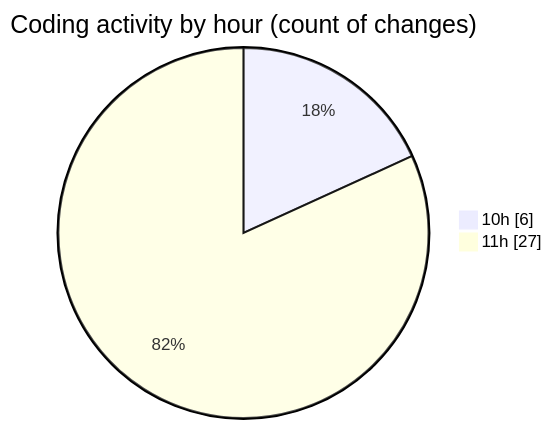
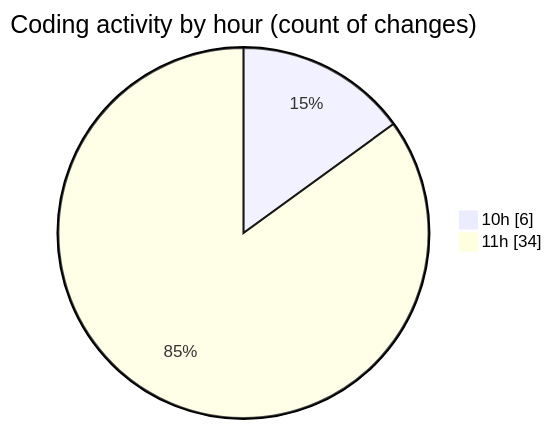
Before and after one commit to momahboobian/code-tracking: the second of 2 diagrams in 2025-08-13/cda/README.md, drawn with Mermaid. The commit also changed other lines of this file and 1 other file, not shown here.

````diff
--- a/2025-08-13/cda/README.md
+++ b/2025-08-13/cda/README.md
@@ -32,6 +32,6 @@
 ```mermaid
 pie showData
 title Coding activity by hour (count of changes)
 "10h" : 6
-"11h" : 27
+"11h" : 34
 ```
````
